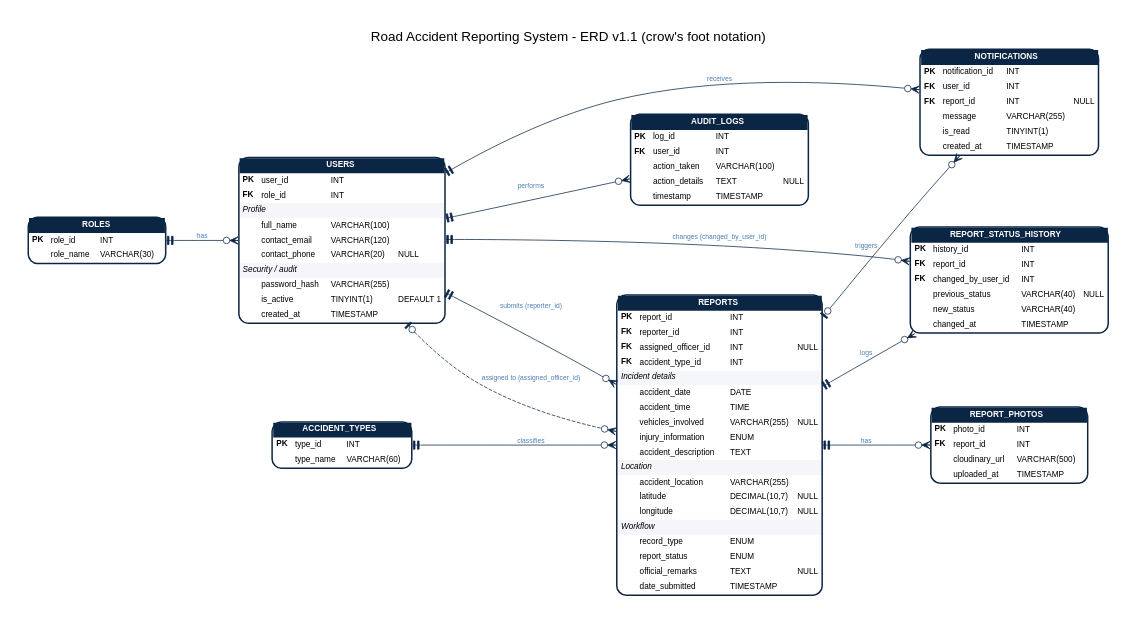
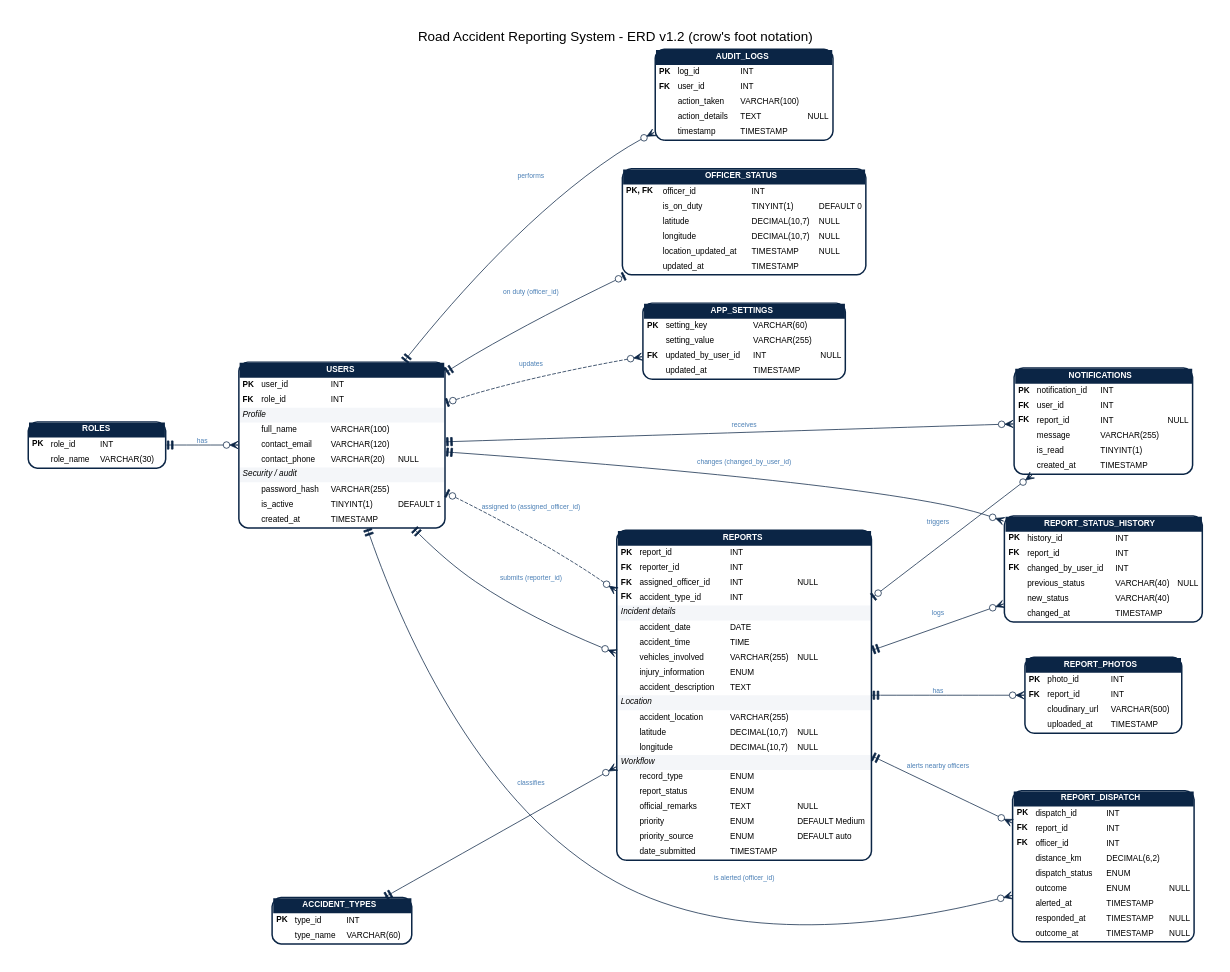
One commit to l3n8n-ocd/roadwatch changed the diagram in docs/erd/erd.dot. Above: the diagram before and after it, drawn with Graphviz. The commit also changed 26 other files, not shown here.

Commit message:
feat(api,db): report priority with admin override, nearby on-duty officers (alert, respond, confirm or reject on scene), edit a user's name and phone, alert range setting; schema, ERD and npm run migrate for v1.2.0 (#54, #55, #57, DECISIONS #49, #50)

```diff
--- a/docs/erd/erd.dot
+++ b/docs/erd/erd.dot
@@ -1,104 +1,141 @@
 digraph ERD_DOT {
   graph [rankdir=LR, splines=true, nodesep=0.5, ranksep=1.1, pad=0.4, fontname="Helvetica",
-         label="Road Accident Reporting System - ERD v1.1 (crow's foot notation)", labelloc=t, fontsize=18];
+         label="Road Accident Reporting System - ERD v1.2 (crow's foot notation)", labelloc=t, fontsize=18];
   node  [shape=plain, fontname="Helvetica", fontsize=11];
   edge  [dir=both, color="#0B2545", fontname="Helvetica", fontsize=9, fontcolor="#4A7FB5", arrowsize=1.1];
 
   ROLES [label=<<TABLE BORDER="2" CELLBORDER="0" CELLSPACING="0" CELLPADDING="4" STYLE="ROUNDED" COLOR="#0B2545">
     <TR><TD COLSPAN="4" BGCOLOR="#0B2545"><FONT COLOR="white"><B>ROLES</B></FONT></TD></TR>
     <TR><TD ALIGN="LEFT"><B>PK</B></TD><TD ALIGN="LEFT">role_id</TD><TD ALIGN="LEFT">INT</TD><TD></TD></TR>
     <TR><TD></TD><TD ALIGN="LEFT">role_name</TD><TD ALIGN="LEFT">VARCHAR(30)</TD><TD></TD></TR>
   </TABLE>>];
 
   USERS [label=<<TABLE BORDER="2" CELLBORDER="0" CELLSPACING="0" CELLPADDING="4" STYLE="ROUNDED" COLOR="#0B2545">
     <TR><TD COLSPAN="4" BGCOLOR="#0B2545"><FONT COLOR="white"><B>USERS</B></FONT></TD></TR>
     <TR><TD ALIGN="LEFT"><B>PK</B></TD><TD ALIGN="LEFT">user_id</TD><TD ALIGN="LEFT">INT</TD><TD></TD></TR>
     <TR><TD ALIGN="LEFT"><B>FK</B></TD><TD ALIGN="LEFT">role_id</TD><TD ALIGN="LEFT">INT</TD><TD></TD></TR>
     <TR><TD COLSPAN="4" BGCOLOR="#F4F6F9" ALIGN="LEFT"><I>Profile</I></TD></TR>
     <TR><TD></TD><TD ALIGN="LEFT">full_name</TD><TD ALIGN="LEFT">VARCHAR(100)</TD><TD></TD></TR>
     <TR><TD></TD><TD ALIGN="LEFT">contact_email</TD><TD ALIGN="LEFT">VARCHAR(120)</TD><TD></TD></TR>
     <TR><TD></TD><TD ALIGN="LEFT">contact_phone</TD><TD ALIGN="LEFT">VARCHAR(20)</TD><TD ALIGN="LEFT">NULL</TD></TR>
     <TR><TD COLSPAN="4" BGCOLOR="#F4F6F9" ALIGN="LEFT"><I>Security / audit</I></TD></TR>
     <TR><TD></TD><TD ALIGN="LEFT">password_hash</TD><TD ALIGN="LEFT">VARCHAR(255)</TD><TD></TD></TR>
     <TR><TD></TD><TD ALIGN="LEFT">is_active</TD><TD ALIGN="LEFT">TINYINT(1)</TD><TD ALIGN="LEFT">DEFAULT 1</TD></TR>
     <TR><TD></TD><TD ALIGN="LEFT">created_at</TD><TD ALIGN="LEFT">TIMESTAMP</TD><TD></TD></TR>
   </TABLE>>];
 
   ACCIDENT_TYPES [label=<<TABLE BORDER="2" CELLBORDER="0" CELLSPACING="0" CELLPADDING="4" STYLE="ROUNDED" COLOR="#0B2545">
     <TR><TD COLSPAN="4" BGCOLOR="#0B2545"><FONT COLOR="white"><B>ACCIDENT_TYPES</B></FONT></TD></TR>
     <TR><TD ALIGN="LEFT"><B>PK</B></TD><TD ALIGN="LEFT">type_id</TD><TD ALIGN="LEFT">INT</TD><TD></TD></TR>
     <TR><TD></TD><TD ALIGN="LEFT">type_name</TD><TD ALIGN="LEFT">VARCHAR(60)</TD><TD></TD></TR>
   </TABLE>>];
 
   REPORTS [label=<<TABLE BORDER="2" CELLBORDER="0" CELLSPACING="0" CELLPADDING="4" STYLE="ROUNDED" COLOR="#0B2545">
     <TR><TD COLSPAN="4" BGCOLOR="#0B2545"><FONT COLOR="white"><B>REPORTS</B></FONT></TD></TR>
     <TR><TD ALIGN="LEFT"><B>PK</B></TD><TD ALIGN="LEFT">report_id</TD><TD ALIGN="LEFT">INT</TD><TD></TD></TR>
     <TR><TD ALIGN="LEFT"><B>FK</B></TD><TD ALIGN="LEFT">reporter_id</TD><TD ALIGN="LEFT">INT</TD><TD></TD></TR>
     <TR><TD ALIGN="LEFT"><B>FK</B></TD><TD ALIGN="LEFT">assigned_officer_id</TD><TD ALIGN="LEFT">INT</TD><TD ALIGN="LEFT">NULL</TD></TR>
     <TR><TD ALIGN="LEFT"><B>FK</B></TD><TD ALIGN="LEFT">accident_type_id</TD><TD ALIGN="LEFT">INT</TD><TD></TD></TR>
     <TR><TD COLSPAN="4" BGCOLOR="#F4F6F9" ALIGN="LEFT"><I>Incident details</I></TD></TR>
     <TR><TD></TD><TD ALIGN="LEFT">accident_date</TD><TD ALIGN="LEFT">DATE</TD><TD></TD></TR>
     <TR><TD></TD><TD ALIGN="LEFT">accident_time</TD><TD ALIGN="LEFT">TIME</TD><TD></TD></TR>
     <TR><TD></TD><TD ALIGN="LEFT">vehicles_involved</TD><TD ALIGN="LEFT">VARCHAR(255)</TD><TD ALIGN="LEFT">NULL</TD></TR>
     <TR><TD></TD><TD ALIGN="LEFT">injury_information</TD><TD ALIGN="LEFT">ENUM</TD><TD></TD></TR>
     <TR><TD></TD><TD ALIGN="LEFT">accident_description</TD><TD ALIGN="LEFT">TEXT</TD><TD></TD></TR>
     <TR><TD COLSPAN="4" BGCOLOR="#F4F6F9" ALIGN="LEFT"><I>Location</I></TD></TR>
     <TR><TD></TD><TD ALIGN="LEFT">accident_location</TD><TD ALIGN="LEFT">VARCHAR(255)</TD><TD></TD></TR>
     <TR><TD></TD><TD ALIGN="LEFT">latitude</TD><TD ALIGN="LEFT">DECIMAL(10,7)</TD><TD ALIGN="LEFT">NULL</TD></TR>
     <TR><TD></TD><TD ALIGN="LEFT">longitude</TD><TD ALIGN="LEFT">DECIMAL(10,7)</TD><TD ALIGN="LEFT">NULL</TD></TR>
     <TR><TD COLSPAN="4" BGCOLOR="#F4F6F9" ALIGN="LEFT"><I>Workflow</I></TD></TR>
     <TR><TD></TD><TD ALIGN="LEFT">record_type</TD><TD ALIGN="LEFT">ENUM</TD><TD></TD></TR>
     <TR><TD></TD><TD ALIGN="LEFT">report_status</TD><TD ALIGN="LEFT">ENUM</TD><TD></TD></TR>
     <TR><TD></TD><TD ALIGN="LEFT">official_remarks</TD><TD ALIGN="LEFT">TEXT</TD><TD ALIGN="LEFT">NULL</TD></TR>
+    <TR><TD></TD><TD ALIGN="LEFT">priority</TD><TD ALIGN="LEFT">ENUM</TD><TD ALIGN="LEFT">DEFAULT Medium</TD></TR>
+    <TR><TD></TD><TD ALIGN="LEFT">priority_source</TD><TD ALIGN="LEFT">ENUM</TD><TD ALIGN="LEFT">DEFAULT auto</TD></TR>
     <TR><TD></TD><TD ALIGN="LEFT">date_submitted</TD><TD ALIGN="LEFT">TIMESTAMP</TD><TD></TD></TR>
   </TABLE>>];
 
   REPORT_PHOTOS [label=<<TABLE BORDER="2" CELLBORDER="0" CELLSPACING="0" CELLPADDING="4" STYLE="ROUNDED" COLOR="#0B2545">
     <TR><TD COLSPAN="4" BGCOLOR="#0B2545"><FONT COLOR="white"><B>REPORT_PHOTOS</B></FONT></TD></TR>
     <TR><TD ALIGN="LEFT"><B>PK</B></TD><TD ALIGN="LEFT">photo_id</TD><TD ALIGN="LEFT">INT</TD><TD></TD></TR>
     <TR><TD ALIGN="LEFT"><B>FK</B></TD><TD ALIGN="LEFT">report_id</TD><TD ALIGN="LEFT">INT</TD><TD></TD></TR>
     <TR><TD></TD><TD ALIGN="LEFT">cloudinary_url</TD><TD ALIGN="LEFT">VARCHAR(500)</TD><TD></TD></TR>
     <TR><TD></TD><TD ALIGN="LEFT">uploaded_at</TD><TD ALIGN="LEFT">TIMESTAMP</TD><TD></TD></TR>
   </TABLE>>];
 
   REPORT_STATUS_HISTORY [label=<<TABLE BORDER="2" CELLBORDER="0" CELLSPACING="0" CELLPADDING="4" STYLE="ROUNDED" COLOR="#0B2545">
     <TR><TD COLSPAN="4" BGCOLOR="#0B2545"><FONT COLOR="white"><B>REPORT_STATUS_HISTORY</B></FONT></TD></TR>
     <TR><TD ALIGN="LEFT"><B>PK</B></TD><TD ALIGN="LEFT">history_id</TD><TD ALIGN="LEFT">INT</TD><TD></TD></TR>
     <TR><TD ALIGN="LEFT"><B>FK</B></TD><TD ALIGN="LEFT">report_id</TD><TD ALIGN="LEFT">INT</TD><TD></TD></TR>
     <TR><TD ALIGN="LEFT"><B>FK</B></TD><TD ALIGN="LEFT">changed_by_user_id</TD><TD ALIGN="LEFT">INT</TD><TD></TD></TR>
     <TR><TD></TD><TD ALIGN="LEFT">previous_status</TD><TD ALIGN="LEFT">VARCHAR(40)</TD><TD ALIGN="LEFT">NULL</TD></TR>
     <TR><TD></TD><TD ALIGN="LEFT">new_status</TD><TD ALIGN="LEFT">VARCHAR(40)</TD><TD></TD></TR>
     <TR><TD></TD><TD ALIGN="LEFT">changed_at</TD><TD ALIGN="LEFT">TIMESTAMP</TD><TD></TD></TR>
   </TABLE>>];
 
   NOTIFICATIONS [label=<<TABLE BORDER="2" CELLBORDER="0" CELLSPACING="0" CELLPADDING="4" STYLE="ROUNDED" COLOR="#0B2545">
     <TR><TD COLSPAN="4" BGCOLOR="#0B2545"><FONT COLOR="white"><B>NOTIFICATIONS</B></FONT></TD></TR>
     <TR><TD ALIGN="LEFT"><B>PK</B></TD><TD ALIGN="LEFT">notification_id</TD><TD ALIGN="LEFT">INT</TD><TD></TD></TR>
     <TR><TD ALIGN="LEFT"><B>FK</B></TD><TD ALIGN="LEFT">user_id</TD><TD ALIGN="LEFT">INT</TD><TD></TD></TR>
     <TR><TD ALIGN="LEFT"><B>FK</B></TD><TD ALIGN="LEFT">report_id</TD><TD ALIGN="LEFT">INT</TD><TD ALIGN="LEFT">NULL</TD></TR>
     <TR><TD></TD><TD ALIGN="LEFT">message</TD><TD ALIGN="LEFT">VARCHAR(255)</TD><TD></TD></TR>
     <TR><TD></TD><TD ALIGN="LEFT">is_read</TD><TD ALIGN="LEFT">TINYINT(1)</TD><TD></TD></TR>
     <TR><TD></TD><TD ALIGN="LEFT">created_at</TD><TD ALIGN="LEFT">TIMESTAMP</TD><TD></TD></TR>
   </TABLE>>];
 
   AUDIT_LOGS [label=<<TABLE BORDER="2" CELLBORDER="0" CELLSPACING="0" CELLPADDING="4" STYLE="ROUNDED" COLOR="#0B2545">
     <TR><TD COLSPAN="4" BGCOLOR="#0B2545"><FONT COLOR="white"><B>AUDIT_LOGS</B></FONT></TD></TR>
     <TR><TD ALIGN="LEFT"><B>PK</B></TD><TD ALIGN="LEFT">log_id</TD><TD ALIGN="LEFT">INT</TD><TD></TD></TR>
     <TR><TD ALIGN="LEFT"><B>FK</B></TD><TD ALIGN="LEFT">user_id</TD><TD ALIGN="LEFT">INT</TD><TD></TD></TR>
     <TR><TD></TD><TD ALIGN="LEFT">action_taken</TD><TD ALIGN="LEFT">VARCHAR(100)</TD><TD></TD></TR>
     <TR><TD></TD><TD ALIGN="LEFT">action_details</TD><TD ALIGN="LEFT">TEXT</TD><TD ALIGN="LEFT">NULL</TD></TR>
     <TR><TD></TD><TD ALIGN="LEFT">timestamp</TD><TD ALIGN="LEFT">TIMESTAMP</TD><TD></TD></TR>
   </TABLE>>];
 
+  OFFICER_STATUS [label=<<TABLE BORDER="2" CELLBORDER="0" CELLSPACING="0" CELLPADDING="4" STYLE="ROUNDED" COLOR="#0B2545">
+    <TR><TD COLSPAN="4" BGCOLOR="#0B2545"><FONT COLOR="white"><B>OFFICER_STATUS</B></FONT></TD></TR>
+    <TR><TD ALIGN="LEFT"><B>PK, FK</B></TD><TD ALIGN="LEFT">officer_id</TD><TD ALIGN="LEFT">INT</TD><TD></TD></TR>
+    <TR><TD ALIGN="LEFT"></TD><TD ALIGN="LEFT">is_on_duty</TD><TD ALIGN="LEFT">TINYINT(1)</TD><TD ALIGN="LEFT">DEFAULT 0</TD></TR>
+    <TR><TD ALIGN="LEFT"></TD><TD ALIGN="LEFT">latitude</TD><TD ALIGN="LEFT">DECIMAL(10,7)</TD><TD ALIGN="LEFT">NULL</TD></TR>
+    <TR><TD ALIGN="LEFT"></TD><TD ALIGN="LEFT">longitude</TD><TD ALIGN="LEFT">DECIMAL(10,7)</TD><TD ALIGN="LEFT">NULL</TD></TR>
+    <TR><TD ALIGN="LEFT"></TD><TD ALIGN="LEFT">location_updated_at</TD><TD ALIGN="LEFT">TIMESTAMP</TD><TD ALIGN="LEFT">NULL</TD></TR>
+    <TR><TD ALIGN="LEFT"></TD><TD ALIGN="LEFT">updated_at</TD><TD ALIGN="LEFT">TIMESTAMP</TD><TD></TD></TR>
+  </TABLE>>];
+
+  REPORT_DISPATCH [label=<<TABLE BORDER="2" CELLBORDER="0" CELLSPACING="0" CELLPADDING="4" STYLE="ROUNDED" COLOR="#0B2545">
+    <TR><TD COLSPAN="4" BGCOLOR="#0B2545"><FONT COLOR="white"><B>REPORT_DISPATCH</B></FONT></TD></TR>
+    <TR><TD ALIGN="LEFT"><B>PK</B></TD><TD ALIGN="LEFT">dispatch_id</TD><TD ALIGN="LEFT">INT</TD><TD></TD></TR>
+    <TR><TD ALIGN="LEFT"><B>FK</B></TD><TD ALIGN="LEFT">report_id</TD><TD ALIGN="LEFT">INT</TD><TD></TD></TR>
+    <TR><TD ALIGN="LEFT"><B>FK</B></TD><TD ALIGN="LEFT">officer_id</TD><TD ALIGN="LEFT">INT</TD><TD></TD></TR>
+    <TR><TD ALIGN="LEFT"></TD><TD ALIGN="LEFT">distance_km</TD><TD ALIGN="LEFT">DECIMAL(6,2)</TD><TD></TD></TR>
+    <TR><TD ALIGN="LEFT"></TD><TD ALIGN="LEFT">dispatch_status</TD><TD ALIGN="LEFT">ENUM</TD><TD></TD></TR>
+    <TR><TD ALIGN="LEFT"></TD><TD ALIGN="LEFT">outcome</TD><TD ALIGN="LEFT">ENUM</TD><TD ALIGN="LEFT">NULL</TD></TR>
+    <TR><TD ALIGN="LEFT"></TD><TD ALIGN="LEFT">alerted_at</TD><TD ALIGN="LEFT">TIMESTAMP</TD><TD></TD></TR>
+    <TR><TD ALIGN="LEFT"></TD><TD ALIGN="LEFT">responded_at</TD><TD ALIGN="LEFT">TIMESTAMP</TD><TD ALIGN="LEFT">NULL</TD></TR>
+    <TR><TD ALIGN="LEFT"></TD><TD ALIGN="LEFT">outcome_at</TD><TD ALIGN="LEFT">TIMESTAMP</TD><TD ALIGN="LEFT">NULL</TD></TR>
+  </TABLE>>];
+
+  APP_SETTINGS [label=<<TABLE BORDER="2" CELLBORDER="0" CELLSPACING="0" CELLPADDING="4" STYLE="ROUNDED" COLOR="#0B2545">
+    <TR><TD COLSPAN="4" BGCOLOR="#0B2545"><FONT COLOR="white"><B>APP_SETTINGS</B></FONT></TD></TR>
+    <TR><TD ALIGN="LEFT"><B>PK</B></TD><TD ALIGN="LEFT">setting_key</TD><TD ALIGN="LEFT">VARCHAR(60)</TD><TD></TD></TR>
+    <TR><TD ALIGN="LEFT"></TD><TD ALIGN="LEFT">setting_value</TD><TD ALIGN="LEFT">VARCHAR(255)</TD><TD></TD></TR>
+    <TR><TD ALIGN="LEFT"><B>FK</B></TD><TD ALIGN="LEFT">updated_by_user_id</TD><TD ALIGN="LEFT">INT</TD><TD ALIGN="LEFT">NULL</TD></TR>
+    <TR><TD ALIGN="LEFT"></TD><TD ALIGN="LEFT">updated_at</TD><TD ALIGN="LEFT">TIMESTAMP</TD><TD></TD></TR>
+  </TABLE>>];
+
   /* parent (exactly one) -> child (many): tail = parent side, head = child side */
   ROLES          -> USERS                  [arrowtail=teetee, arrowhead=crowodot, label="has"];
   USERS          -> REPORTS                [arrowtail=teetee, arrowhead=crowodot, label="submits (reporter_id)"];
   USERS          -> REPORTS                [arrowtail=teeodot, arrowhead=crowodot, label="assigned to (assigned_officer_id)", style=dashed];
   ACCIDENT_TYPES -> REPORTS                [arrowtail=teetee, arrowhead=crowodot, label="classifies"];
   REPORTS        -> REPORT_PHOTOS          [arrowtail=teetee, arrowhead=crowodot, label="has"];
   REPORTS        -> REPORT_STATUS_HISTORY  [arrowtail=teetee, arrowhead=crowodot, label="logs"];
   USERS          -> REPORT_STATUS_HISTORY  [arrowtail=teetee, arrowhead=crowodot, label="changes (changed_by_user_id)"];
   USERS          -> NOTIFICATIONS          [arrowtail=teetee, arrowhead=crowodot, label="receives"];
   REPORTS        -> NOTIFICATIONS          [arrowtail=teeodot, arrowhead=crowodot, label="triggers"];
   USERS          -> AUDIT_LOGS             [arrowtail=teetee, arrowhead=crowodot, label="performs"];
+  USERS          -> OFFICER_STATUS         [arrowtail=teetee, arrowhead=teeodot, label="on duty (officer_id)"];
+  REPORTS        -> REPORT_DISPATCH        [arrowtail=teetee, arrowhead=crowodot, label="alerts nearby officers"];
+  USERS          -> REPORT_DISPATCH        [arrowtail=teetee, arrowhead=crowodot, label="is alerted (officer_id)"];
+  USERS          -> APP_SETTINGS           [arrowtail=teeodot, arrowhead=crowodot, label="updates", style=dashed];
 }
```
